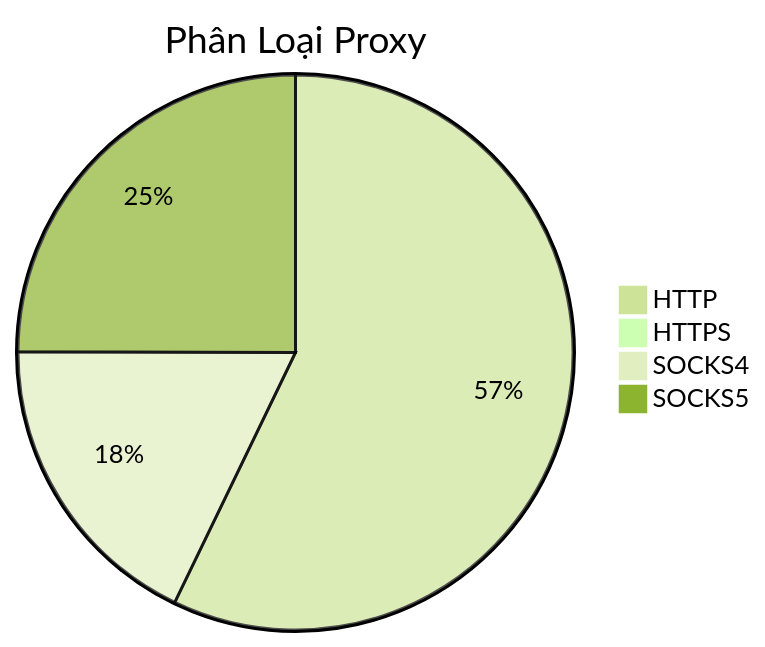
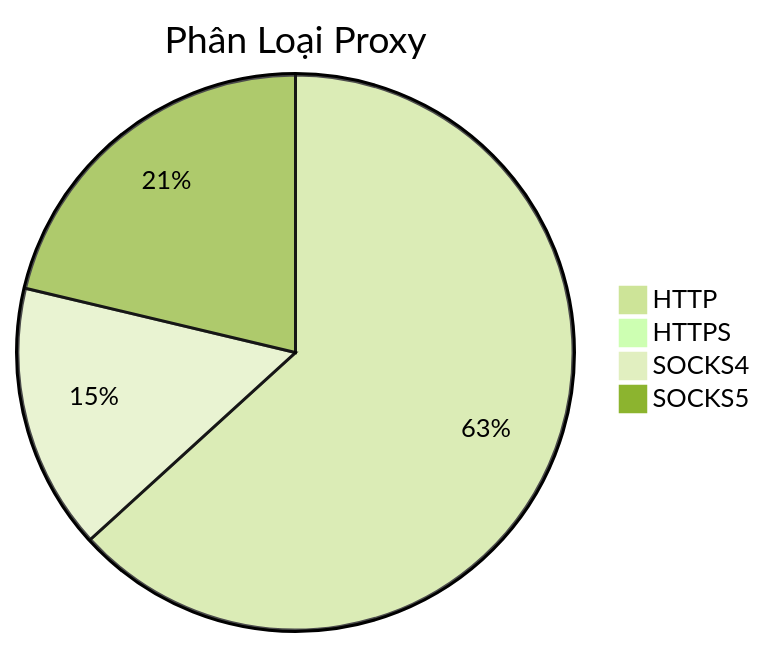
The diagram in README.md (Ciara-12/PROXY-free), drawn with Mermaid (forest theme) before and after one commit. The commit also changed other lines of this file and 4 other files, not shown here.

````diff
--- a/README.md
+++ b/README.md
@@ -26,7 +26,7 @@
 ```mermaid
 pie title Phân Loại Proxy
-    "HTTP" : 726
-    "HTTPS" : 1
-    "SOCKS4" : 227
-    "SOCKS5" : 317
+    "HTTP" : 1013
+    "HTTPS" : 0
+    "SOCKS4" : 248
+    "SOCKS5" : 341
 ```
````
